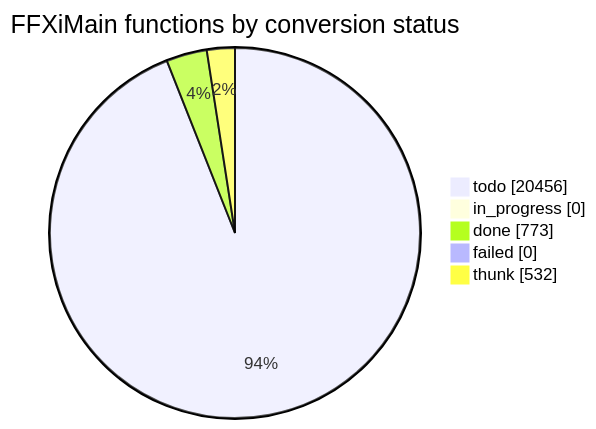
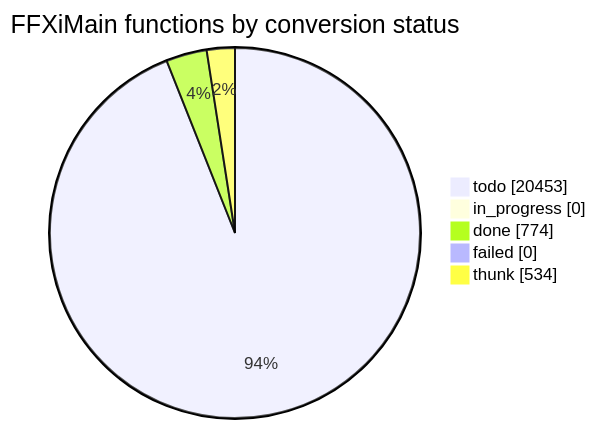
The diagram in docs/cow/STATUS.md (cowrevenge/cow_kuluu_xi_anything), drawn with Mermaid before and after one commit. The commit also changed other lines of this file and 9 other files, not shown here.

````diff
--- a/docs/cow/STATUS.md
+++ b/docs/cow/STATUS.md
@@ -18,9 +18,9 @@
 ```mermaid
 pie showData
     title FFXiMain functions by conversion status
-    "todo" : 20456
+    "todo" : 20453
     "in_progress" : 0
-    "done" : 773
+    "done" : 774
     "failed" : 0
-    "thunk" : 532
+    "thunk" : 534
 ```
````
